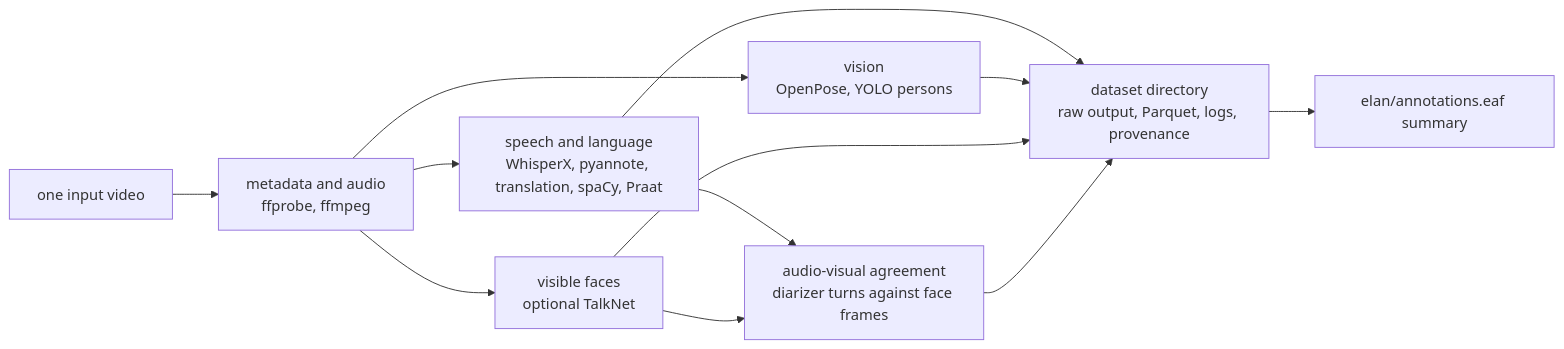
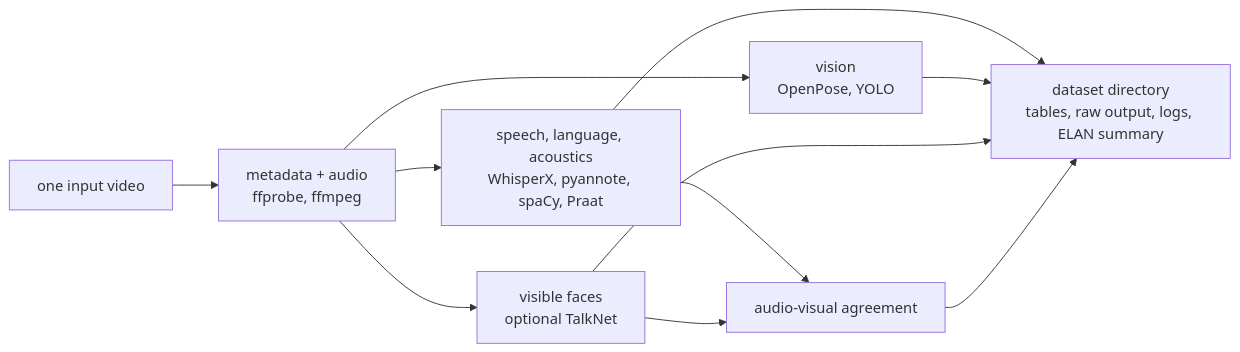
One commit to RaulKite/storytell-pipeline changed the diagram in README.md. Above: the diagram before and after it, drawn with Mermaid. The commit also changed other lines of this file, not shown here.

````diff
--- a/README.md
+++ b/README.md
@@ -33,14 +26,9 @@
 ```mermaid
 flowchart LR
-    video["one input video"] --> meta["metadata and audio<br/>ffprobe, ffmpeg"]
-    meta --> speech["speech and language<br/>WhisperX, pyannote, translation, spaCy, Praat"]
-    meta --> vision["vision<br/>OpenPose, YOLO persons"]
+    video["one input video"] --> meta["metadata + audio<br/>ffprobe, ffmpeg"]
+    meta --> speech["speech, language, acoustics<br/>WhisperX, pyannote, spaCy, Praat"]
+    meta --> vision["vision<br/>OpenPose, YOLO"]
     meta --> faces["visible faces<br/>optional TalkNet"]
-    speech --> fusion["audio-visual agreement<br/>diarizer turns against face frames"]
-    faces --> fusion
-    speech --> data["dataset directory<br/>raw output, Parquet, logs, provenance"]
-    vision --> data
-    faces --> data
-    fusion --> data
-    data --> eaf["elan/annotations.eaf summary"]
+    speech & faces --> fusion["audio-visual agreement"]
+    speech & vision & faces & fusion --> data["dataset directory<br/>tables, raw output, logs, ELAN summary"]
 ```
````
